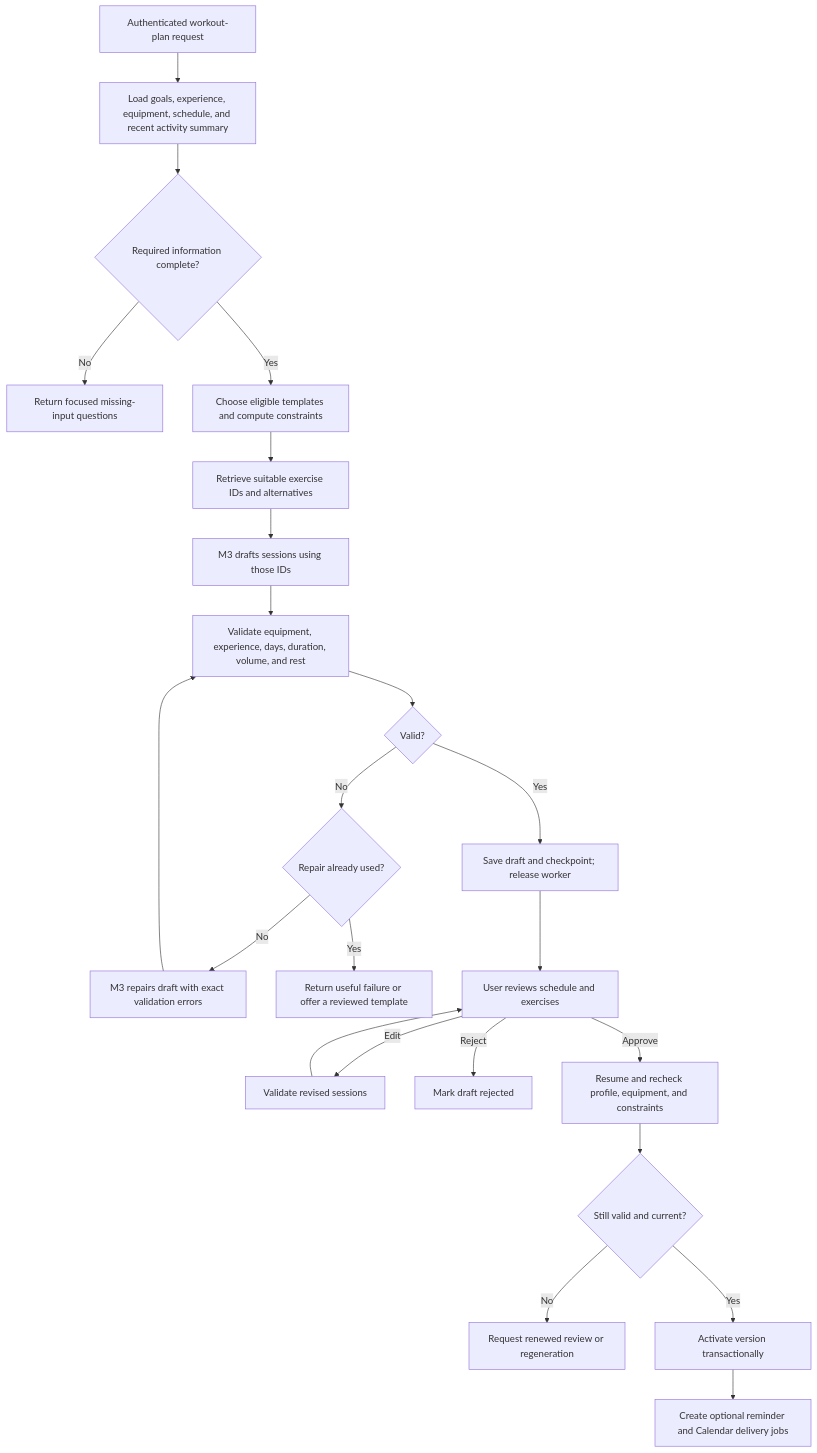
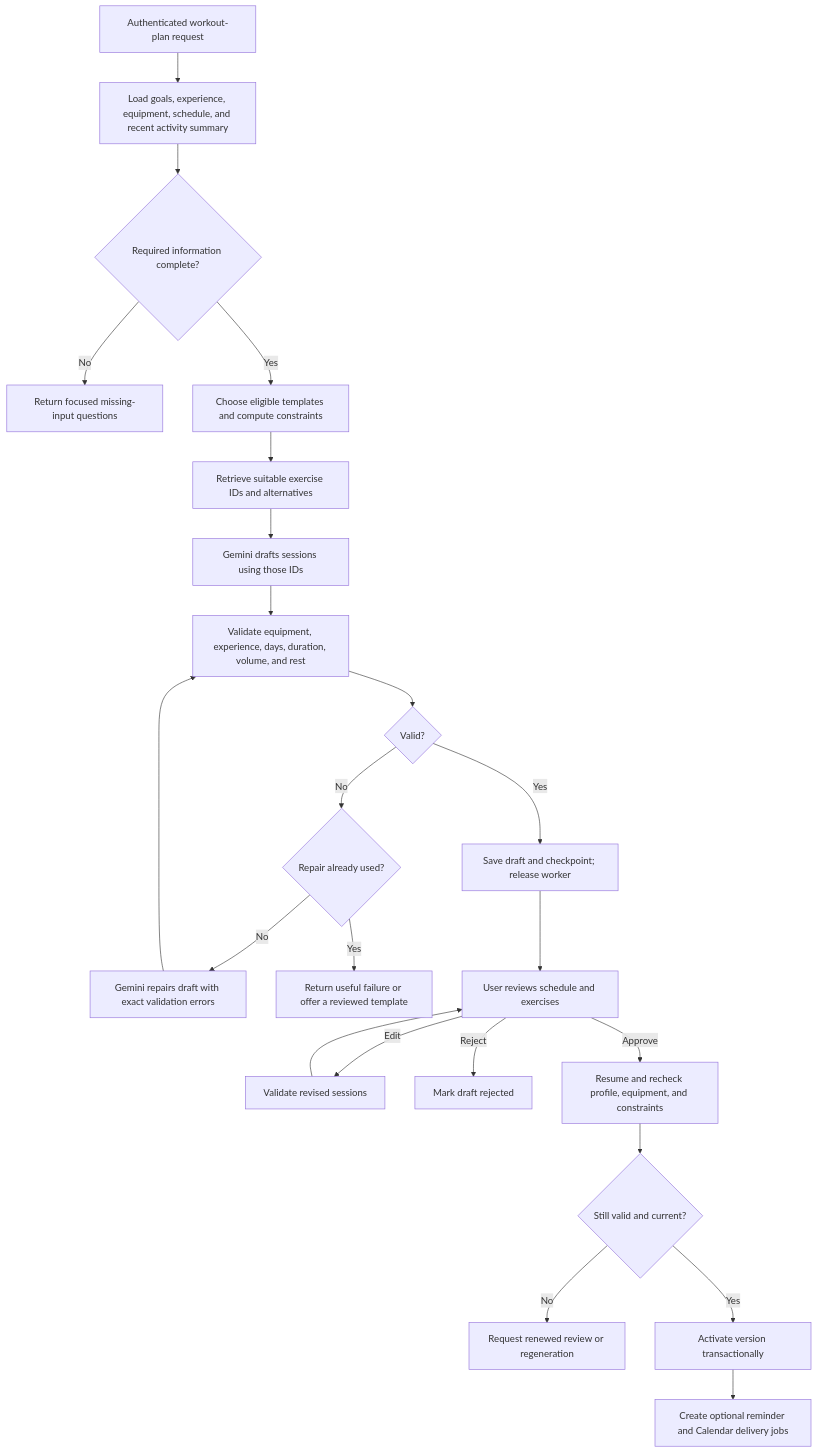
The third of 5 diagrams in docs/IMPLEMENTATION_PLAN.md (siddharthg2309/healthcare), drawn with Mermaid before and after one commit. The commit also changed other lines of this file and 13 other files, not shown here.

````diff
--- a/docs/IMPLEMENTATION_PLAN.md
+++ b/docs/IMPLEMENTATION_PLAN.md
@@ -543,25 +531,25 @@
 ```mermaid
 flowchart TD
   A[Authenticated workout-plan request] --> B[Load goals, experience, equipment, schedule, and recent activity summary]
   B --> C{Required information complete?}
   C -- No --> D[Return focused missing-input questions]
   C -- Yes --> E[Choose eligible templates and compute constraints]
   E --> F[Retrieve suitable exercise IDs and alternatives]
-  F --> G[M3 drafts sessions using those IDs]
+  F --> G[Gemini drafts sessions using those IDs]
   G --> H[Validate equipment, experience, days, duration, volume, and rest]
   H --> I{Valid?}
   I -- No --> J{Repair already used?}
-  J -- No --> K[M3 repairs draft with exact validation errors]
+  J -- No --> K[Gemini repairs draft with exact validation errors]
   K --> H
   J -- Yes --> L[Return useful failure or offer a reviewed template]
   I -- Yes --> M[Save draft and checkpoint; release worker]
   M --> N[User reviews schedule and exercises]
   N -- Edit --> O[Validate revised sessions]
   O --> N
   N -- Reject --> P[Mark draft rejected]
   N -- Approve --> Q[Resume and recheck profile, equipment, and constraints]
   Q --> R{Still valid and current?}
   R -- No --> S[Request renewed review or regeneration]
   R -- Yes --> T[Activate version transactionally]
   T --> U[Create optional reminder and Calendar delivery jobs]
 ```
````
